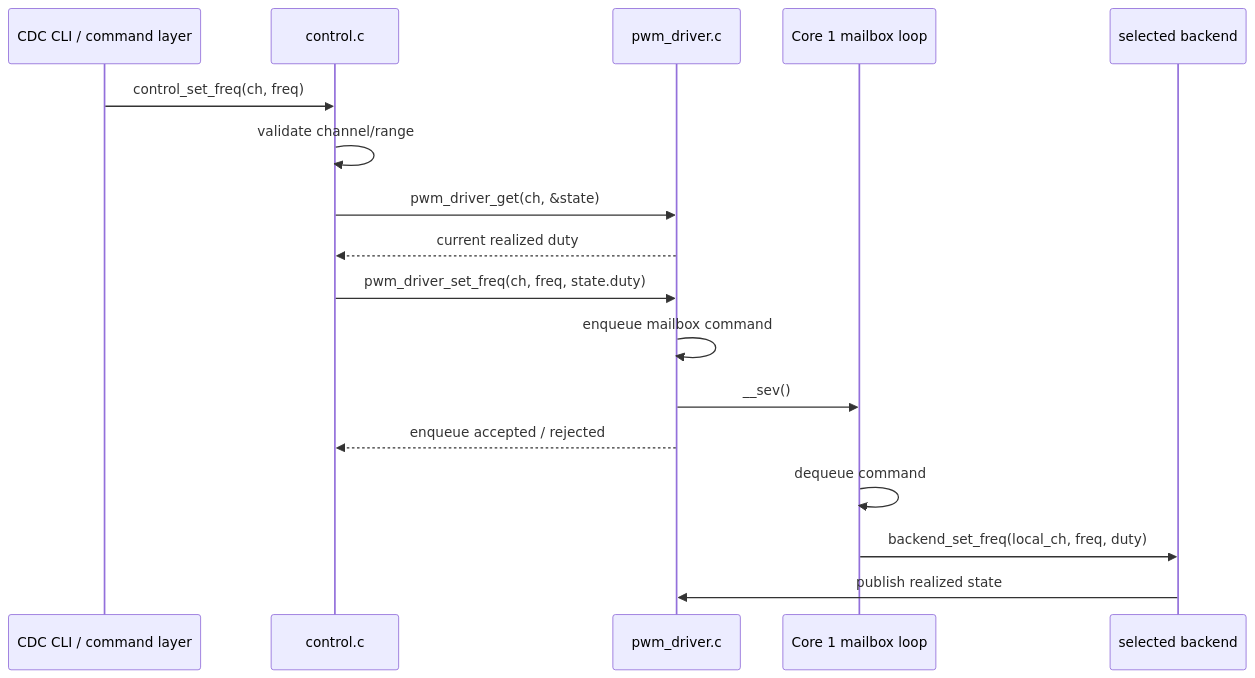
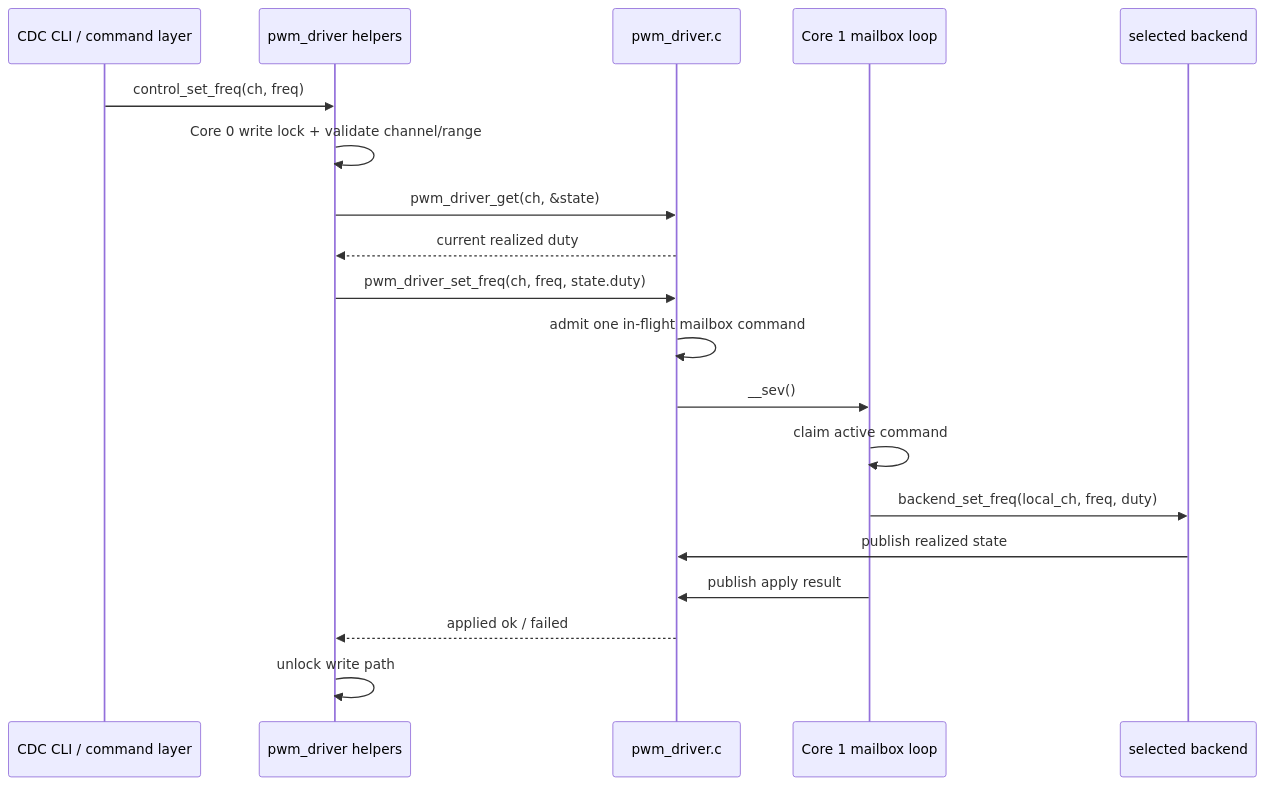
The fourth of 6 diagrams in docs/detail/pwm_driver_design.md (djwinter29-oss/PicoPWM), drawn with Mermaid before and after one commit. The commit also changed other lines of this file and 12 other files, not shown here.

Commit message:
update on pwm driver

````diff
--- a/docs/detail/pwm_driver_design.md
+++ b/docs/detail/pwm_driver_design.md
@@ -255,20 +266,22 @@
 ```mermaid
 sequenceDiagram
     participant CLI as CDC CLI / command layer
-    participant CTL as control.c
+    participant CTL as pwm_driver helpers
     participant WR as pwm_driver.c
     participant C1 as Core 1 mailbox loop
     participant BE as selected backend
 
     CLI->>CTL: control_set_freq(ch, freq)
-    CTL->>CTL: validate channel/range
+    CTL->>CTL: Core 0 write lock + validate channel/range
     CTL->>WR: pwm_driver_get(ch, &state)
     WR-->>CTL: current realized duty
     CTL->>WR: pwm_driver_set_freq(ch, freq, state.duty)
-    WR->>WR: enqueue mailbox command
+    WR->>WR: admit one in-flight mailbox command
     WR->>C1: __sev()
-    WR-->>CTL: enqueue accepted / rejected
-    C1->>C1: dequeue command
+    C1->>C1: claim active command
     C1->>BE: backend_set_freq(local_ch, freq, duty)
     BE->>WR: publish realized state
+    C1->>WR: publish apply result
+    WR-->>CTL: applied ok / failed
+    CTL->>CTL: unlock write path
 ```
````
